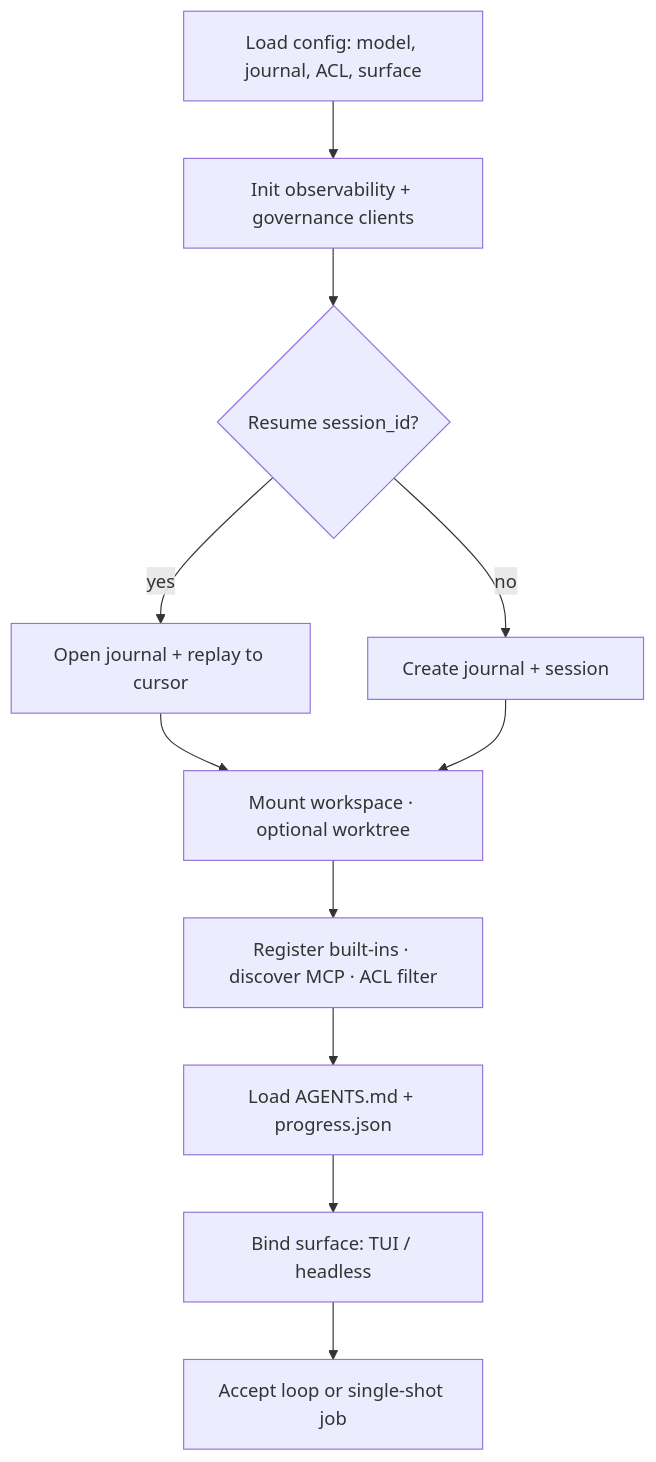
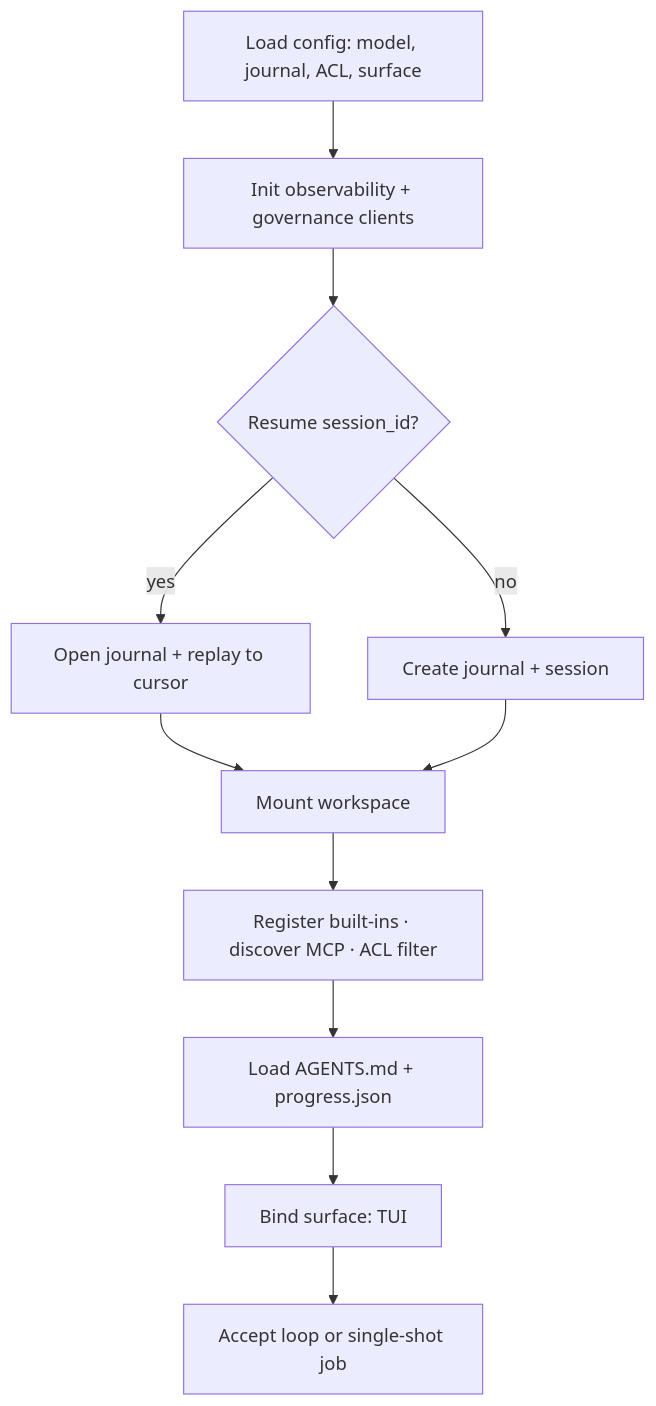
One commit to NorviaLabs/forge changed the fourth of 14 diagrams in docs/architecture.md. Above: the diagram before and after it, drawn with Mermaid. The commit also changed other lines of this file and 18 other files, not shown here.

````diff
--- a/docs/architecture.md
+++ b/docs/architecture.md
@@ -338,13 +337,13 @@
 ```mermaid
 flowchart TD
   A[Load config: model, journal, ACL, surface] --> B[Init observability + governance clients]
   B --> C{Resume session_id?}
   C -->|yes| D[Open journal + replay to cursor]
   C -->|no| E[Create journal + session]
-  D --> F[Mount workspace · optional worktree]
+  D --> F[Mount workspace]
   E --> F
   F --> G[Register built-ins · discover MCP · ACL filter]
   G --> H[Load AGENTS.md + progress.json]
-  H --> I[Bind surface: TUI / headless]
+  H --> I[Bind surface: TUI]
   I --> J[Accept loop or single-shot job]
 ```
````
